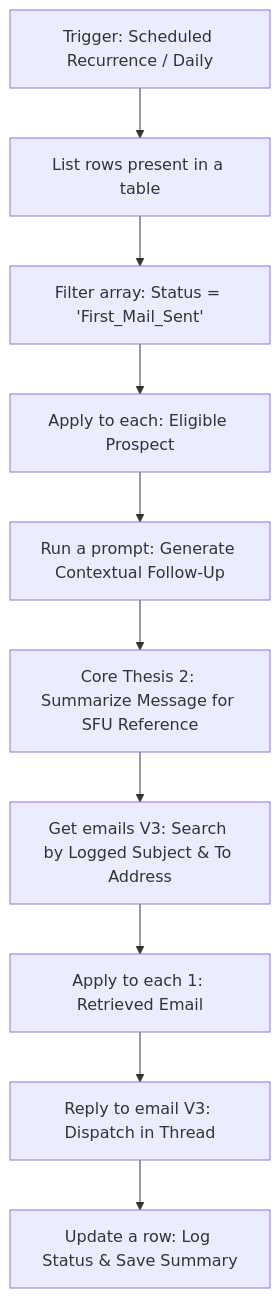
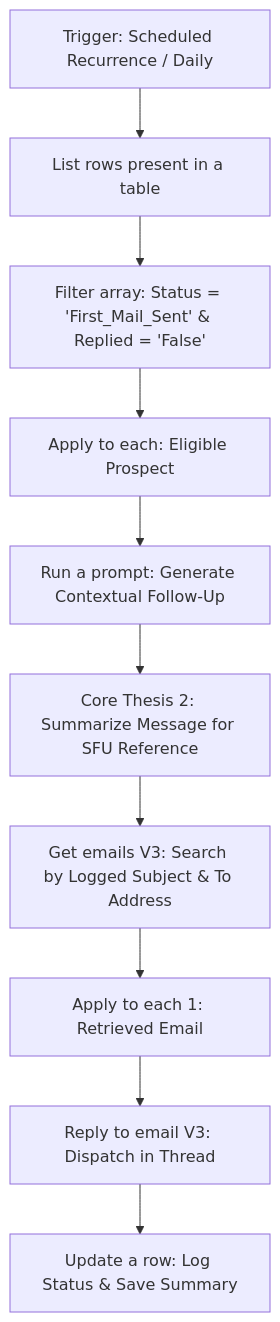
The diagram in 02_First_Follow_Up_Threaded.md (adilshasrehman-source/enterprise-sales-automation), drawn with Mermaid before and after one commit. The commit also changed other lines of this file, not shown here.

````diff
--- a/02_First_Follow_Up_Threaded.md
+++ b/02_First_Follow_Up_Threaded.md
@@ -8,14 +8,14 @@
 ```mermaid
 graph TD
     A[Trigger: Scheduled Recurrence / Daily] --> B[List rows present in a table]
-    B --> C[Filter array: Status = 'First_Mail_Sent']
+    B --> C[Filter array: Status = 'First_Mail_Sent' & Replied = 'False']
     C --> D[Apply to each: Eligible Prospect]
     
     D --> E[Run a prompt: Generate Contextual Follow-Up]
     E --> F[Core Thesis 2: Summarize Message for SFU Reference]
     F --> G[Get emails V3: Search by Logged Subject & To Address]
     
     G --> H[Apply to each 1: Retrieved Email]
     H --> I[Reply to email V3: Dispatch in Thread]
     I --> J[Update a row: Log Status & Save Summary]
 ```
````
